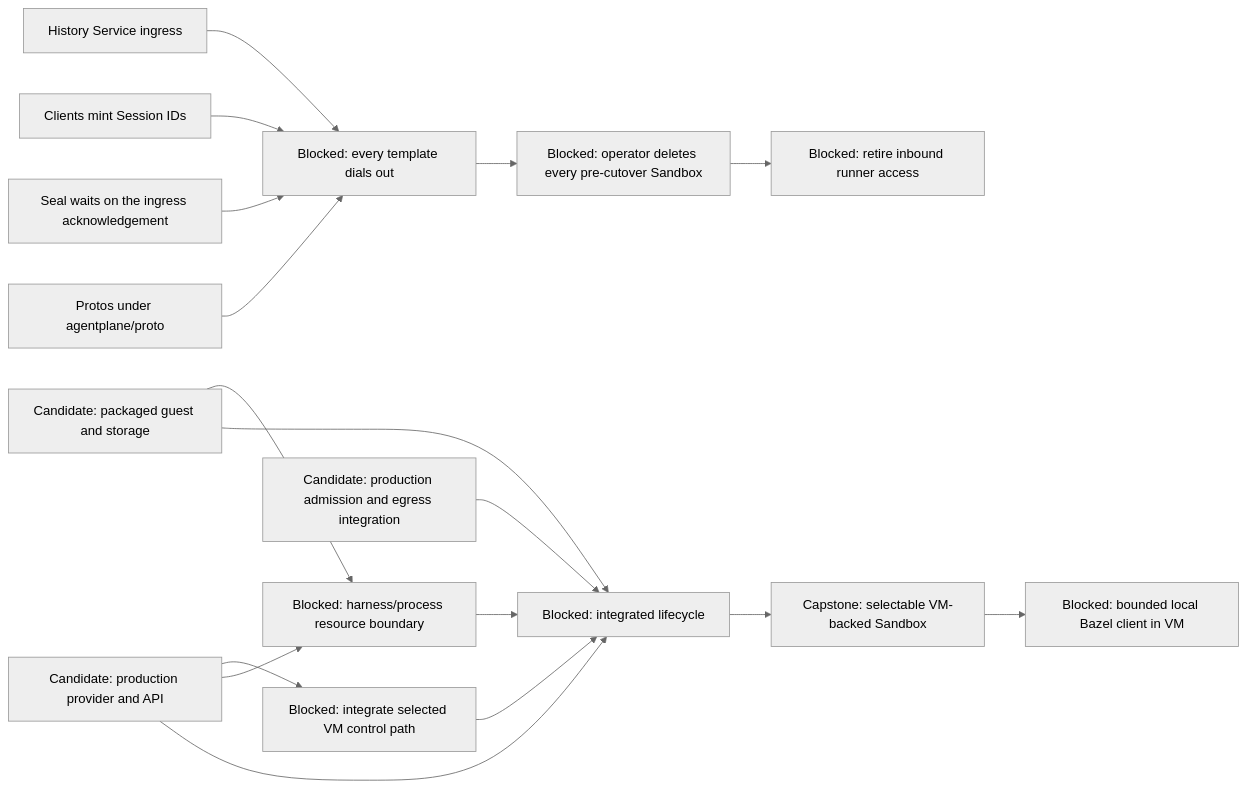
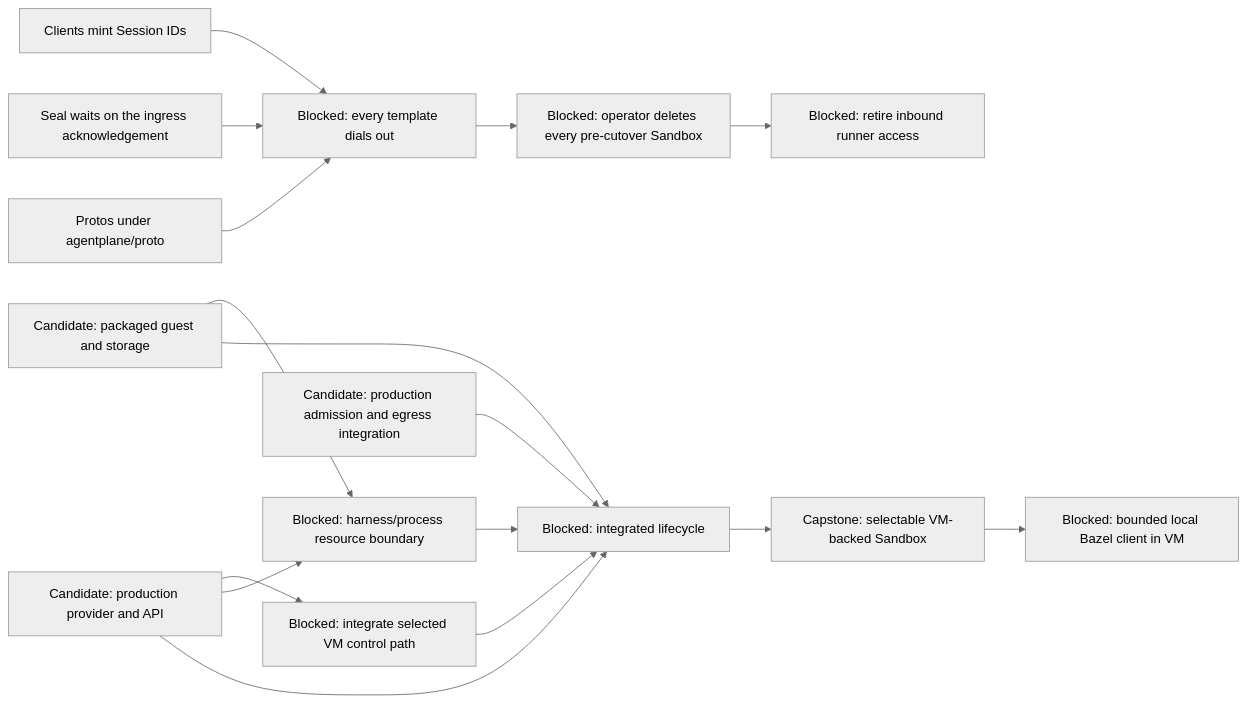
The sixth of 12 diagrams in agentplane/plans/task_dag.md (agentydragon-agent/ducktape), drawn with Mermaid (neutral theme) before and after one commit. The commit also changed other lines of this file and 13 other files, not shown here.

First line of the commit message:
agentplane: deploy the History Service runner ingress (HISTORY_INGRESS) (#9876)

````diff
--- a/agentplane/plans/task_dag.md
+++ b/agentplane/plans/task_dag.md
@@ -334,26 +334,25 @@
 ```mermaid
 flowchart LR
     RUNNER_OUTBOUND_ROLLOUT[Blocked: every template dials out]
     VM_CONTROL_NETWORKING[Blocked: integrate selected VM control path]
     VM_IMAGE[Candidate: packaged guest and storage]
     VM_PROVIDER[Candidate: production provider and API]
     VM_EGRESS[Candidate: production admission and egress integration]
     VM_PROCESS_ISOLATION[Blocked: harness/process resource boundary]
     VM_LIFECYCLE[Blocked: integrated lifecycle]
-    HISTORY_INGRESS[History Service ingress] --> RUNNER_OUTBOUND_ROLLOUT
     CLIENT_SESSION_IDS[Clients mint Session IDs] --> RUNNER_OUTBOUND_ROLLOUT
     SEAL_ON_INGRESS_ACK[Seal waits on the ingress acknowledgement] --> RUNNER_OUTBOUND_ROLLOUT
     PROTO_DIRECTORY[Protos under agentplane/proto] --> RUNNER_OUTBOUND_ROLLOUT
     RUNNER_OUTBOUND_ROLLOUT --> LEGACY_SANDBOX_RETIRE[Blocked: operator deletes every pre-cutover Sandbox]
     LEGACY_SANDBOX_RETIRE --> RUNNER_INBOUND_RETIRE[Blocked: retire inbound runner access]
     VM_PROVIDER --> VM_CONTROL_NETWORKING
     VM_CONTROL_NETWORKING --> VM_LIFECYCLE
     VM_IMAGE --> VM_PROCESS_ISOLATION
     VM_PROVIDER --> VM_PROCESS_ISOLATION
     VM_IMAGE --> VM_LIFECYCLE
     VM_PROVIDER --> VM_LIFECYCLE
     VM_EGRESS --> VM_LIFECYCLE
     VM_PROCESS_ISOLATION --> VM_LIFECYCLE
     VM_LIFECYCLE --> SANDBOX_VM_ISOLATION[Capstone: selectable VM-backed Sandbox]
     SANDBOX_VM_ISOLATION --> LOCAL_BAZEL[Blocked: bounded local Bazel client in VM]
 ```
````
